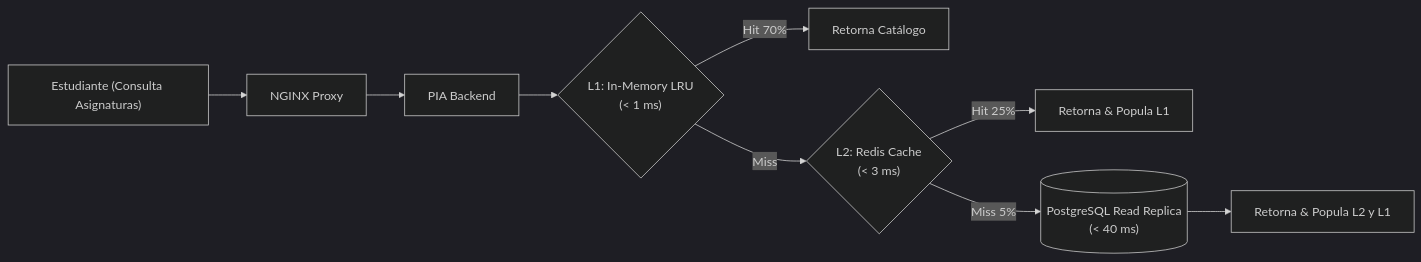
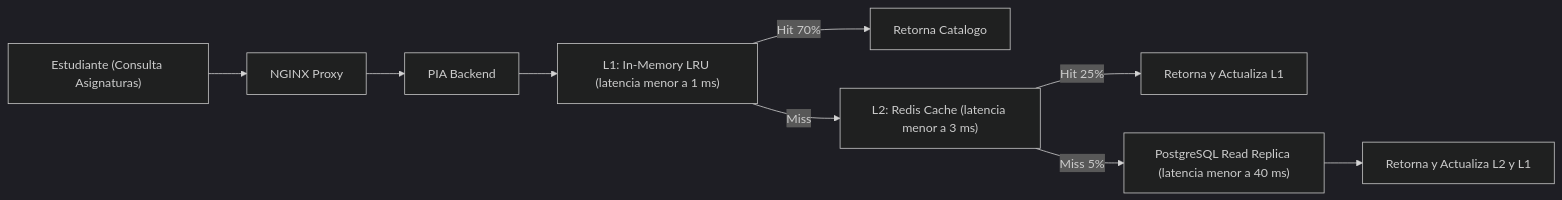
The second of 4 diagrams in docs/actividad4.md (aluengas98/parcial2_aluengas98), drawn with Mermaid (dark theme) before and after one commit. The commit also changed other lines of this file and 2 other files, not shown here.

Commit message:
fix(diagrams): sanitizacion exhaustiva de sintaxis mermaid en todas las actividades

````diff
--- a/docs/actividad4.md
+++ b/docs/actividad4.md
@@ -71,11 +71,11 @@
 ```mermaid
 flowchart LR
     Cliente["Estudiante (Consulta Asignaturas)"] --> Proxy["NGINX Proxy"]
     Proxy --> Backend["PIA Backend"]
-    Backend --> L1{"L1: In-Memory LRU<br/>(&lt; 1 ms)"}
-    L1 -->|Hit 70%| Res1["Retorna Catálogo"]
-    L1 -->|Miss| L2{"L2: Redis Cache<br/>(&lt; 3 ms)"}
-    L2 -->|Hit 25%| Res2["Retorna & Popula L1"]
-    L2 -->|Miss 5%| Replica[("PostgreSQL Read Replica<br/>(&lt; 40 ms)")]
-    Replica --> Res3["Retorna & Popula L2 y L1"]
+    Backend --> L1["L1: In-Memory LRU (latencia menor a 1 ms)"]
+    L1 -->|Hit 70%| Res1["Retorna Catalogo"]
+    L1 -->|Miss| L2["L2: Redis Cache (latencia menor a 3 ms)"]
+    L2 -->|Hit 25%| Res2["Retorna y Actualiza L1"]
+    L2 -->|Miss 5%| Replica["PostgreSQL Read Replica (latencia menor a 40 ms)"]
+    Replica --> Res3["Retorna y Actualiza L2 y L1"]
 ```
````
